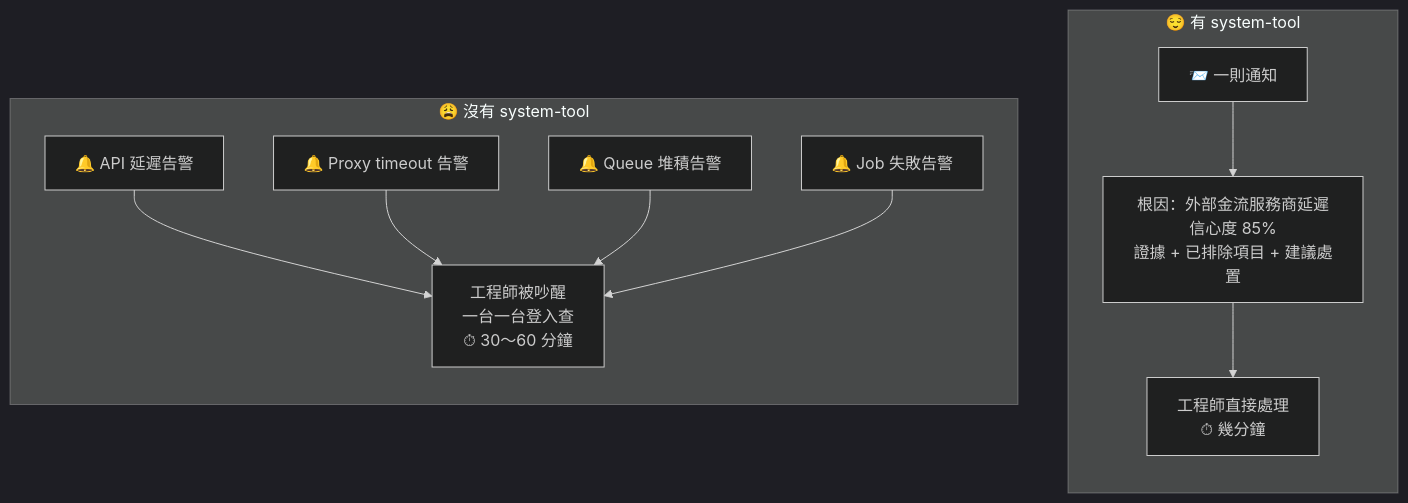
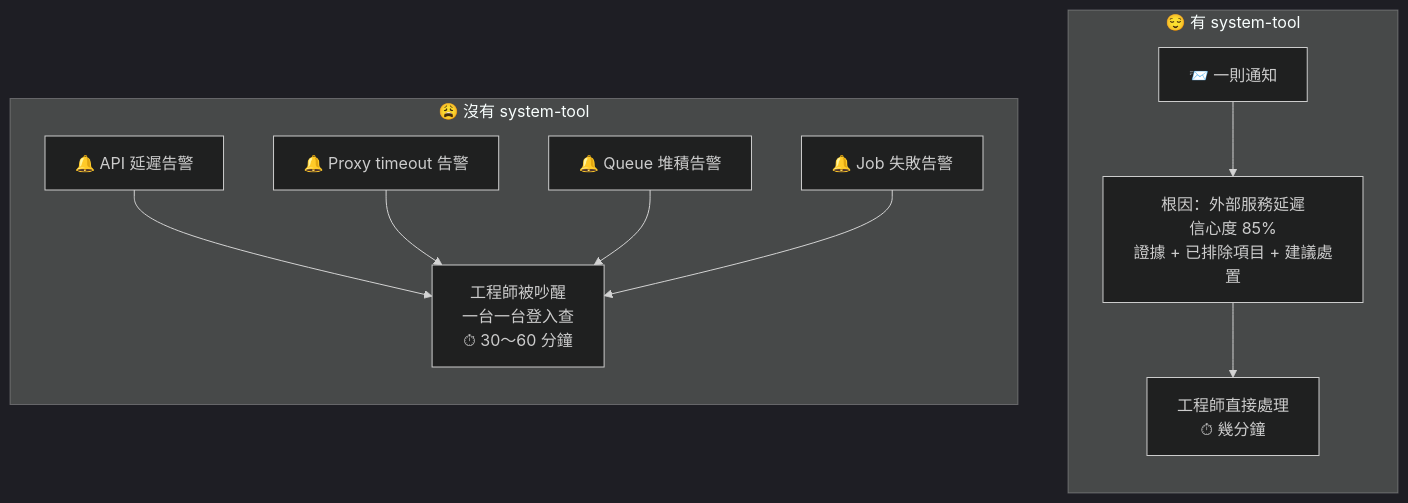
The first of 10 diagrams in README.md (kingchen0617/system-tool), drawn with Mermaid (dark theme) before and after one commit. The commit also changed other lines of this file, not shown here.

````diff
--- a/README.md
+++ b/README.md
@@ -42,25 +42,25 @@
 ```mermaid
 flowchart LR
     subgraph BEFORE["😩 沒有 system-tool"]
         direction TB
         B1["🔔 API 延遲告警"]
         B2["🔔 Proxy timeout 告警"]
         B3["🔔 Queue 堆積告警"]
         B4["🔔 Job 失敗告警"]
         B5["工程師被吵醒<br/>一台一台登入查<br/>⏱ 30～60 分鐘"]
         B1 --> B5
         B2 --> B5
         B3 --> B5
         B4 --> B5
     end
 
     subgraph AFTER["😌 有 system-tool"]
         direction TB
         A1["📨 一則通知"]
-        A2["根因：外部金流服務商延遲<br/>信心度 85%<br/>證據 + 已排除項目 + 建議處置"]
+        A2["根因：外部服務延遲<br/>信心度 85%<br/>證據 + 已排除項目 + 建議處置"]
         A3["工程師直接處理<br/>⏱ 幾分鐘"]
         A1 --> A2 --> A3
     end
 
     BEFORE ~~~ AFTER
 ```
````
